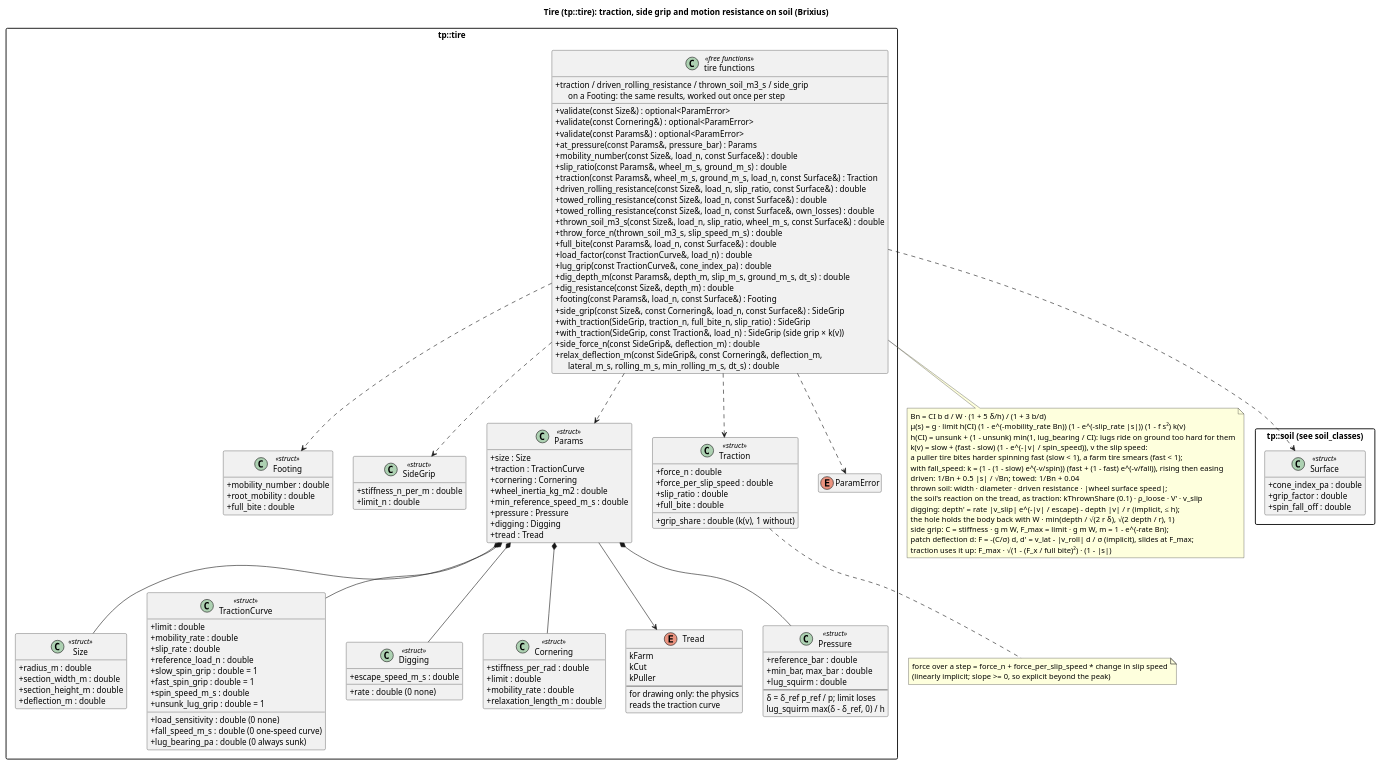
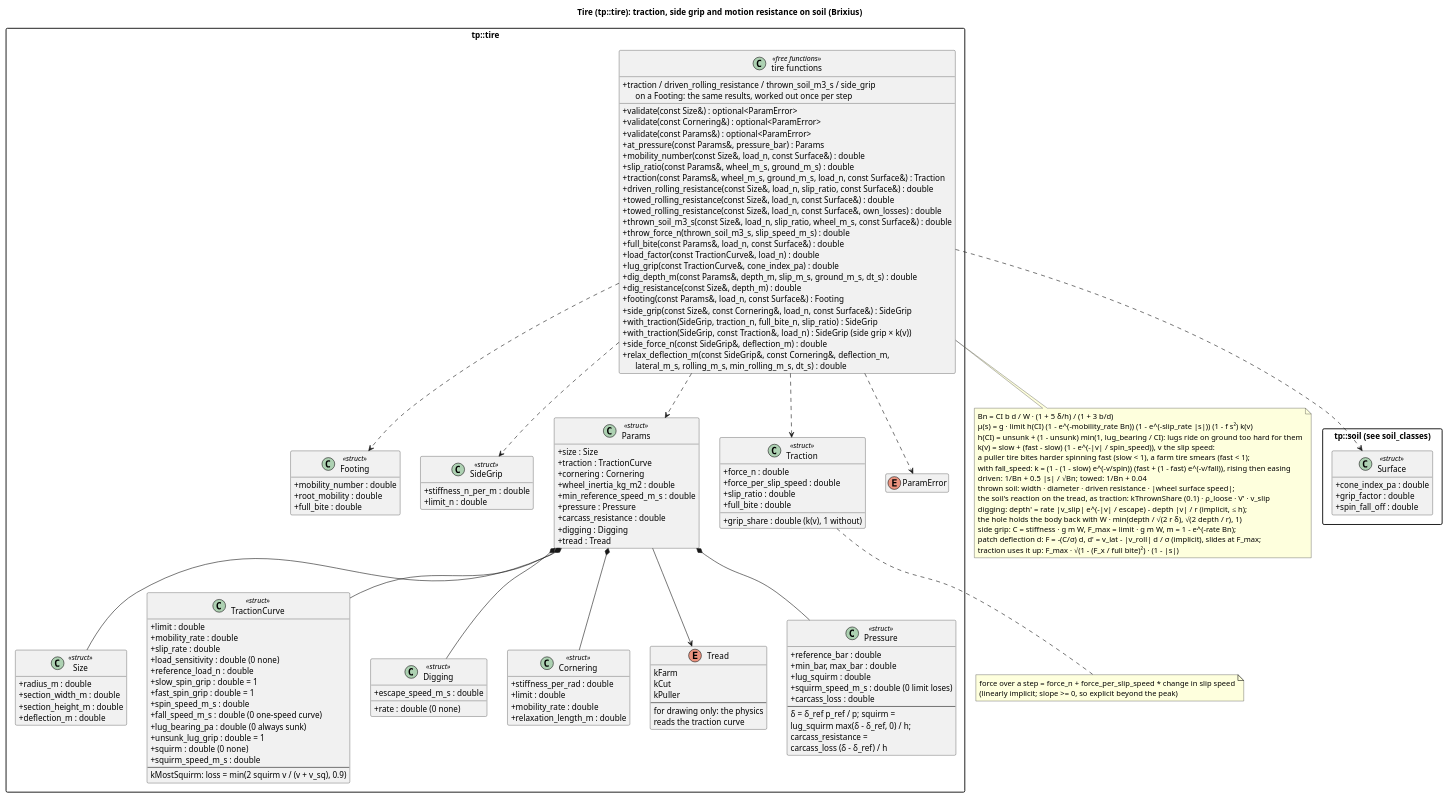
The diagram in docs/diagrams/tire_classes.puml (wversteeg/TractorPulling), drawn with PlantUML before and after one commit. The commit also changed 23 other files, not shown here.

```diff
--- a/docs/diagrams/tire_classes.puml
+++ b/docs/diagrams/tire_classes.puml
@@ -1,147 +1,156 @@
 @startuml tire_classes
 title Tire (tp::tire): traction, side grip and motion resistance on soil (Brixius)
 hide empty members
 skinparam packageStyle rectangle
 skinparam classAttributeIconSize 0
 
 package "tp::soil (see soil_classes)" {
   class Surface <<struct>> {
     +cone_index_pa : double
     +grip_factor : double
     +spin_fall_off : double
   }
 }
 
 package "tp::tire" {
   class Size <<struct>> {
     +radius_m : double
     +section_width_m : double
     +section_height_m : double
     +deflection_m : double
   }
   class TractionCurve <<struct>> {
     +limit : double
     +mobility_rate : double
     +slip_rate : double
     +load_sensitivity : double (0 none)
     +reference_load_n : double
     +slow_spin_grip : double = 1
     +fast_spin_grip : double = 1
     +spin_speed_m_s : double
     +fall_speed_m_s : double (0 one-speed curve)
     +lug_bearing_pa : double (0 always sunk)
     +unsunk_lug_grip : double = 1
+    +squirm : double (0 none)
+    +squirm_speed_m_s : double
+    --
+    kMostSquirm: loss = min(2 squirm v / (v + v_sq), 0.9)
   }
   class Digging <<struct>> {
     +rate : double (0 none)
     +escape_speed_m_s : double
   }
   class Cornering <<struct>> {
     +stiffness_per_rad : double
     +limit : double
     +mobility_rate : double
     +relaxation_length_m : double
   }
   class Footing <<struct>> {
     +mobility_number : double
     +root_mobility : double
     +full_bite : double
   }
   class SideGrip <<struct>> {
     +stiffness_n_per_m : double
     +limit_n : double
   }
   class Params <<struct>> {
     +size : Size
     +traction : TractionCurve
     +cornering : Cornering
     +wheel_inertia_kg_m2 : double
     +min_reference_speed_m_s : double
     +pressure : Pressure
+    +carcass_resistance : double
     +digging : Digging
     +tread : Tread
   }
   enum Tread {
     kFarm
     kCut
     kPuller
     --
     for drawing only: the physics
     reads the traction curve
   }
   class Pressure <<struct>> {
     +reference_bar : double
     +min_bar, max_bar : double
     +lug_squirm : double
+    +squirm_speed_m_s : double (0 limit loses)
+    +carcass_loss : double
     --
-    δ = δ_ref p_ref / p; limit loses
-    lug_squirm max(δ - δ_ref, 0) / h
+    δ = δ_ref p_ref / p; squirm =
+    lug_squirm max(δ - δ_ref, 0) / h;
+    carcass_resistance =
+    carcass_loss (δ - δ_ref) / h
   }
   class Traction <<struct>> {
     +force_n : double
     +force_per_slip_speed : double
     +slip_ratio : double
     +full_bite : double
     +grip_share : double (k(v), 1 without)
   }
   enum ParamError
   class "tire functions" as TireFns <<free functions>> {
     +validate(const Size&) : optional<ParamError>
     +validate(const Cornering&) : optional<ParamError>
     +validate(const Params&) : optional<ParamError>
     +at_pressure(const Params&, pressure_bar) : Params
     +mobility_number(const Size&, load_n, const Surface&) : double
     +slip_ratio(const Params&, wheel_m_s, ground_m_s) : double
     +traction(const Params&, wheel_m_s, ground_m_s, load_n, const Surface&) : Traction
     +driven_rolling_resistance(const Size&, load_n, slip_ratio, const Surface&) : double
     +towed_rolling_resistance(const Size&, load_n, const Surface&) : double
     +towed_rolling_resistance(const Size&, load_n, const Surface&, own_losses) : double
     +thrown_soil_m3_s(const Size&, load_n, slip_ratio, wheel_m_s, const Surface&) : double
     +throw_force_n(thrown_soil_m3_s, slip_speed_m_s) : double
     +full_bite(const Params&, load_n, const Surface&) : double
     +load_factor(const TractionCurve&, load_n) : double
     +lug_grip(const TractionCurve&, cone_index_pa) : double
     +dig_depth_m(const Params&, depth_m, slip_m_s, ground_m_s, dt_s) : double
     +dig_resistance(const Size&, depth_m) : double
     +footing(const Params&, load_n, const Surface&) : Footing
     +traction / driven_rolling_resistance / thrown_soil_m3_s / side_grip\n      on a Footing: the same results, worked out once per step
     +side_grip(const Size&, const Cornering&, load_n, const Surface&) : SideGrip
     +with_traction(SideGrip, traction_n, full_bite_n, slip_ratio) : SideGrip
     +with_traction(SideGrip, const Traction&, load_n) : SideGrip  (side grip × k(v))
     +side_force_n(const SideGrip&, deflection_m) : double
     +relax_deflection_m(const SideGrip&, const Cornering&, deflection_m,\n      lateral_m_s, rolling_m_s, min_rolling_m_s, dt_s) : double
   }
   Params *-- Size
   Params *-- TractionCurve
   Params *-- Cornering
   Params *-- Pressure
   Params *-- Digging
   Params --> Tread
   TireFns ..> SideGrip
   TireFns ..> Footing
   TireFns ..> Params
   TireFns ..> Traction
   TireFns ..> ParamError
   TireFns ..> Surface
 }
 note bottom of TireFns
   Bn = CI b d / W · (1 + 5 δ/h) / (1 + 3 b/d)
   μ(s) = g · limit h(CI) (1 - e^(-mobility_rate Bn)) (1 - e^(-slip_rate |s|)) (1 - f s²) k(v)
   h(CI) = unsunk + (1 - unsunk) min(1, lug_bearing / CI): lugs ride on ground too hard for them
   k(v) = slow + (fast - slow) (1 - e^(-|v| / spin_speed)), v the slip speed:
   a puller tire bites harder spinning fast (slow < 1), a farm tire smears (fast < 1);
   with fall_speed: k = (1 - (1 - slow) e^(-v/spin)) (fast + (1 - fast) e^(-v/fall)), rising then easing
   driven: 1/Bn + 0.5 |s| / √Bn;  towed: 1/Bn + 0.04
   thrown soil: width · diameter · driven resistance · |wheel surface speed|;
   the soil's reaction on the tread, as traction: kThrownShare (0.1) · ρ_loose · V' · v_slip
   digging: depth' = rate |v_slip| e^(-|v| / escape) - depth |v| / r (implicit, ≤ h);
   the hole holds the body back with W · min(depth / √(2 r δ), √(2 depth / r), 1)
   side grip: C = stiffness · g m W, F_max = limit · g m W, m = 1 - e^(-rate Bn);
   patch deflection d: F = -(C/σ) d, d' = v_lat - |v_roll| d / σ (implicit), slides at F_max;
   traction uses it up: F_max · √(1 - (F_x / full bite)²) · (1 - |s|)
 end note
 note bottom of Traction
   force over a step = force_n + force_per_slip_speed * change in slip speed
   (linearly implicit; slope >= 0, so explicit beyond the peak)
 end note
 @enduml
```
